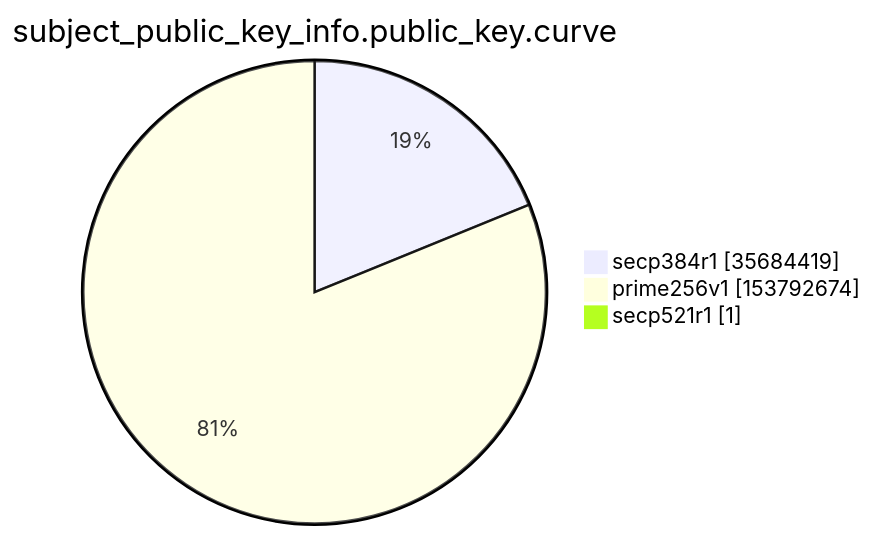
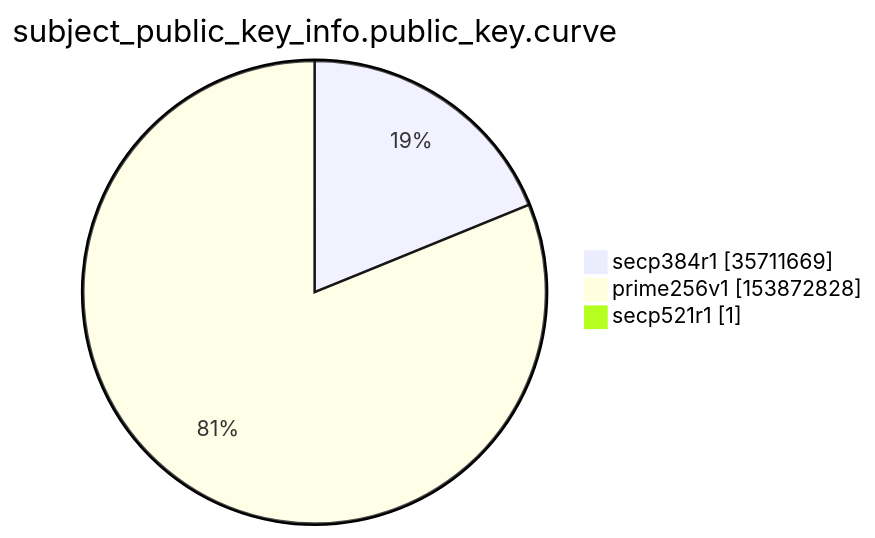
The ninth of 15 diagrams in argon2022/README.md (christiankrug/ctmonitor_visualization), drawn with Mermaid before and after one commit. The commit also changed other lines of this file, not shown here.

````diff
--- a/argon2022/README.md
+++ b/argon2022/README.md
@@ -2765,7 +2765,7 @@
 ```mermaid
 pie showData
 title subject_public_key_info.public_key.curve
-"secp384r1" :35684419
-"prime256v1" :153792674
+"secp384r1" :35711669
+"prime256v1" :153872828
 "secp521r1" :1
 ```
````
